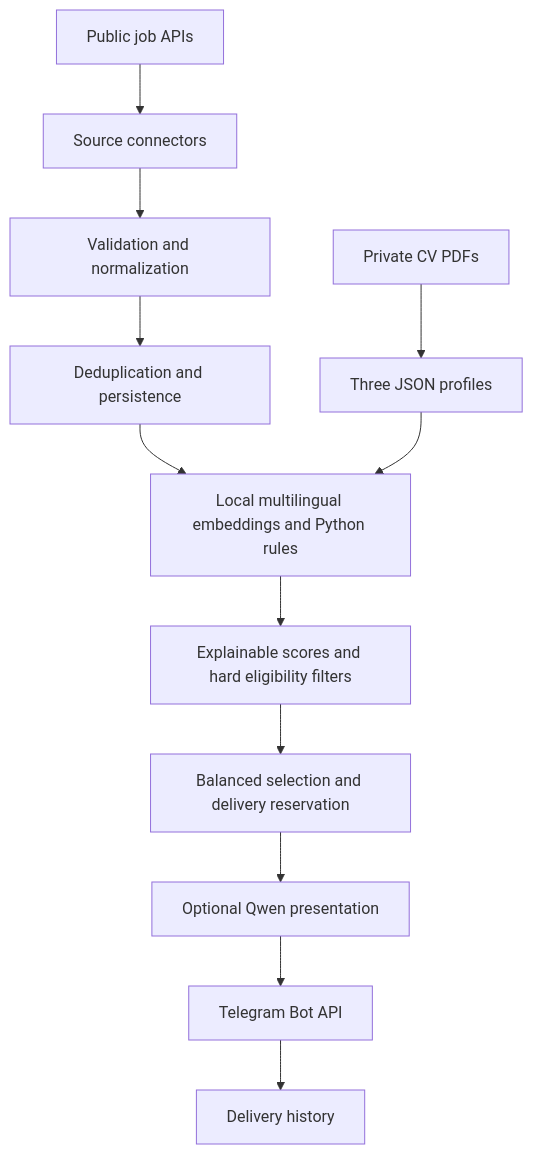
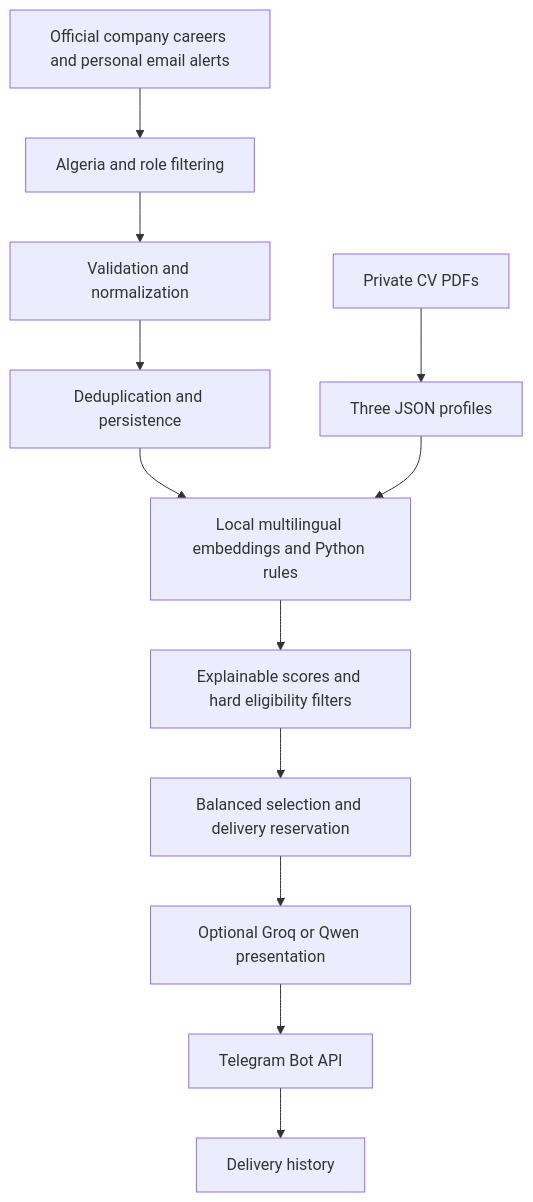
The diagram in README.md (BachtarziMounderr/Job_hunter), drawn with Mermaid before and after one commit. The commit also changed other lines of this file and 41 other files, not shown here.

Commit message:
Focus daily discovery on Algeria career boards and personal job alerts

````diff
--- a/README.md
+++ b/README.md
@@ -34,14 +40,14 @@
 ```mermaid
 flowchart TD
-    A[Public job APIs] --> B[Source connectors]
+    A[Official company careers and personal email alerts] --> B[Algeria and role filtering]
     B --> C[Validation and normalization]
     C --> D[Deduplication and persistence]
     E[Private CV PDFs] --> F[Three JSON profiles]
     D --> G[Local multilingual embeddings and Python rules]
     F --> G
     G --> H[Explainable scores and hard eligibility filters]
     H --> I[Balanced selection and delivery reservation]
-    I --> J[Optional Qwen presentation]
+    I --> J[Optional Groq or Qwen presentation]
     J --> K[Telegram Bot API]
     K --> L[Delivery history]
 ```
````
